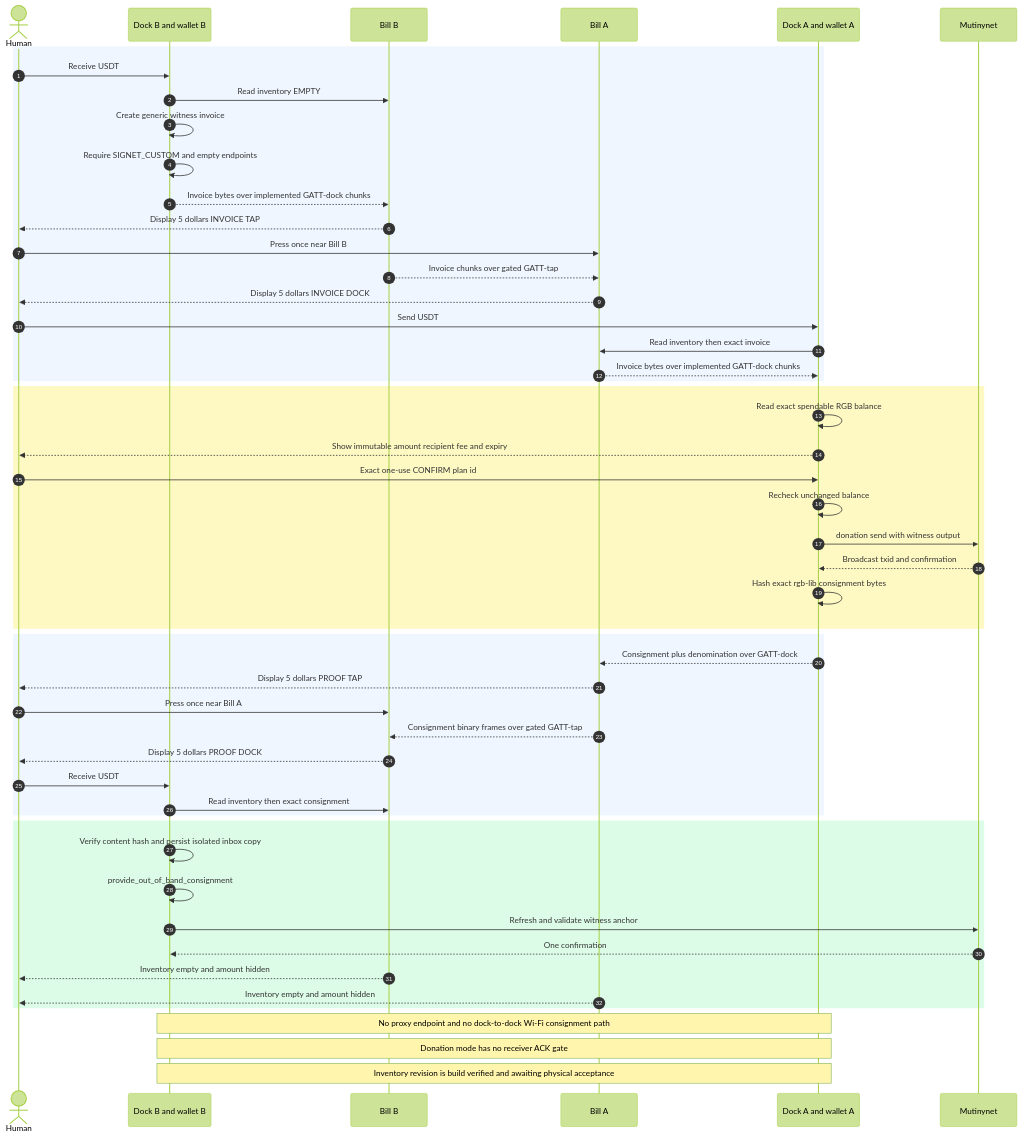
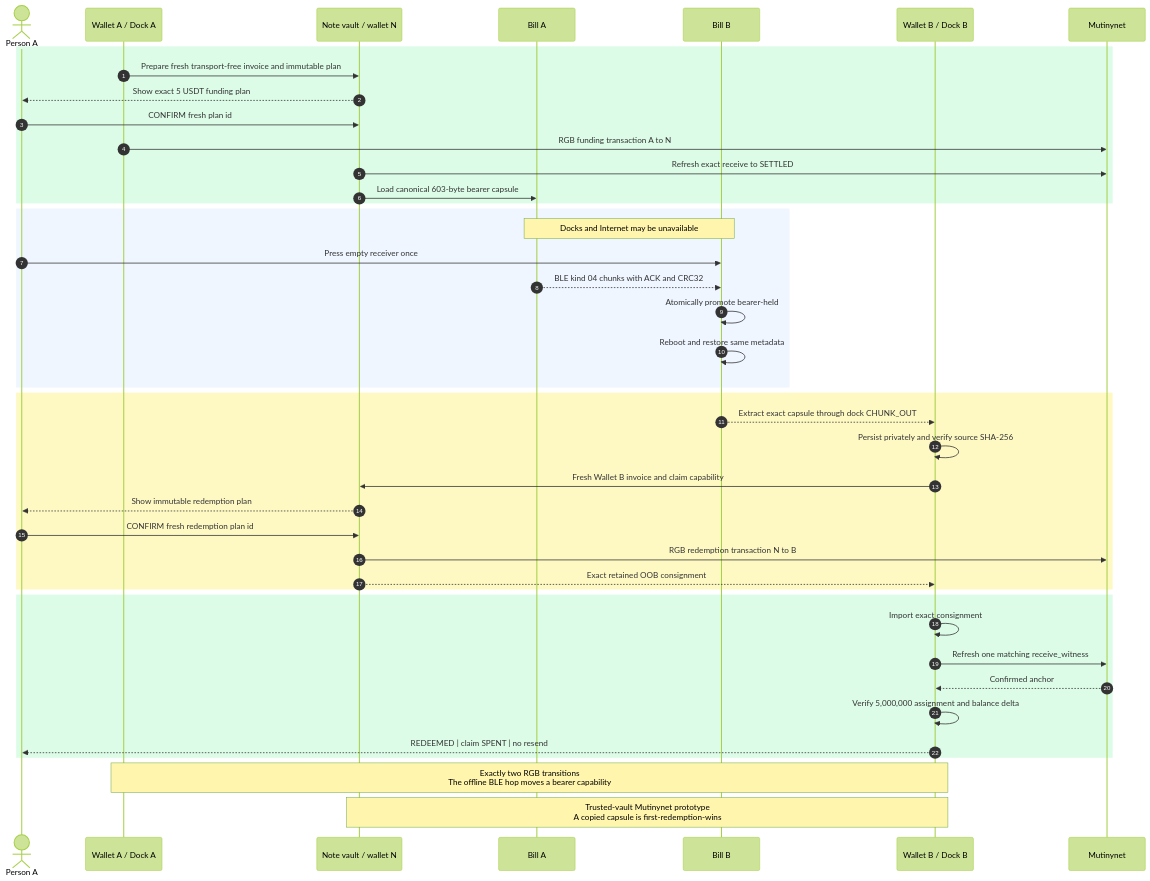
Before and after one commit to EdwinKestler/bill: the diagram in docs/diagrams/src/03-rgb-transfer-sequence.mmd, drawn with Mermaid (forest theme). The commit also changed 76 other files, not shown here.

Commit message:
Add offline RGB bearer-note demo

```diff
--- a/docs/diagrams/src/03-rgb-transfer-sequence.mmd
+++ b/docs/diagrams/src/03-rgb-transfer-sequence.mmd
@@ -1,56 +1,47 @@
 sequenceDiagram
     autonumber
-    actor human as Human
-    participant dockB as Dock B and wallet B
+    actor personA as Person A
+    participant walletA as Wallet A / Dock A
+    participant vault as Note vault / wallet N
+    participant billA as Bill A
     participant billB as Bill B
-    participant billA as Bill A
-    participant dockA as Dock A and wallet A
+    participant walletB as Wallet B / Dock B
     participant chain as Mutinynet
 
+    rect rgb(220, 252, 231)
+        walletA->>vault: Prepare fresh transport-free invoice and immutable plan
+        vault-->>personA: Show exact 5 USDT funding plan
+        personA->>vault: CONFIRM fresh plan id
+        walletA->>chain: RGB funding transaction A to N
+        vault->>chain: Refresh exact receive to SETTLED
+        vault->>billA: Load canonical 603-byte bearer capsule
+    end
+
     rect rgb(239, 246, 255)
-        human->>dockB: Receive USDT
-        dockB->>billB: Read inventory EMPTY
-        dockB->>dockB: Create generic witness invoice
-        dockB->>dockB: Require SIGNET_CUSTOM and empty endpoints
-        dockB-->>billB: Invoice bytes over implemented GATT-dock chunks
-        billB-->>human: Display 5 dollars INVOICE TAP
-        human->>billA: Press once near Bill B
-        billB-->>billA: Invoice chunks over gated GATT-tap
-        billA-->>human: Display 5 dollars INVOICE DOCK
-        human->>dockA: Send USDT
-        dockA->>billA: Read inventory then exact invoice
-        billA-->>dockA: Invoice bytes over implemented GATT-dock chunks
+        Note over billA,billB: Docks and Internet may be unavailable
+        personA->>billB: Press empty receiver once
+        billA-->>billB: BLE kind 04 chunks with ACK and CRC32
+        billB->>billB: Atomically promote bearer-held
+        billB->>billB: Reboot and restore same metadata
     end
 
     rect rgb(254, 249, 195)
-        dockA->>dockA: Read exact spendable RGB balance
-        dockA-->>human: Show immutable amount recipient fee and expiry
-        human->>dockA: Exact one-use CONFIRM plan id
-        dockA->>dockA: Recheck unchanged balance
-        dockA->>chain: donation send with witness output
-        chain-->>dockA: Broadcast txid and confirmation
-        dockA->>dockA: Hash exact rgb-lib consignment bytes
-    end
-
-    rect rgb(239, 246, 255)
-        dockA-->>billA: Consignment plus denomination over GATT-dock
-        billA-->>human: Display 5 dollars PROOF TAP
-        human->>billB: Press once near Bill A
-        billA-->>billB: Consignment binary frames over gated GATT-tap
-        billB-->>human: Display 5 dollars PROOF DOCK
-        human->>dockB: Receive USDT
-        dockB->>billB: Read inventory then exact consignment
+        billB-->>walletB: Extract exact capsule through dock CHUNK_OUT
+        walletB->>walletB: Persist privately and verify source SHA-256
+        walletB->>vault: Fresh Wallet B invoice and claim capability
+        vault-->>personA: Show immutable redemption plan
+        personA->>vault: CONFIRM fresh redemption plan id
+        vault->>chain: RGB redemption transaction N to B
+        vault-->>walletB: Exact retained OOB consignment
     end
 
     rect rgb(220, 252, 231)
-        dockB->>dockB: Verify content hash and persist isolated inbox copy
-        dockB->>dockB: provide_out_of_band_consignment
-        dockB->>chain: Refresh and validate witness anchor
-        chain-->>dockB: One confirmation
-        billB-->>human: Inventory empty and amount hidden
-        billA-->>human: Inventory empty and amount hidden
+        walletB->>walletB: Import exact consignment
+        walletB->>chain: Refresh one matching receive_witness
+        chain-->>walletB: Confirmed anchor
+        walletB->>walletB: Verify 5,000,000 assignment and balance delta
+        walletB-->>personA: REDEEMED | claim SPENT | no resend
     end
 
-    Note over dockA,dockB: No proxy endpoint and no dock-to-dock Wi-Fi consignment path
-    Note over dockA,dockB: Donation mode has no receiver ACK gate
-    Note over dockA,dockB: Inventory revision is build verified and awaiting physical acceptance
+    Note over walletA,walletB: Exactly two RGB transitions<br/>The offline BLE hop moves a bearer capability
+    Note over vault,walletB: Trusted-vault Mutinynet prototype<br/>A copied capsule is first-redemption-wins
```
